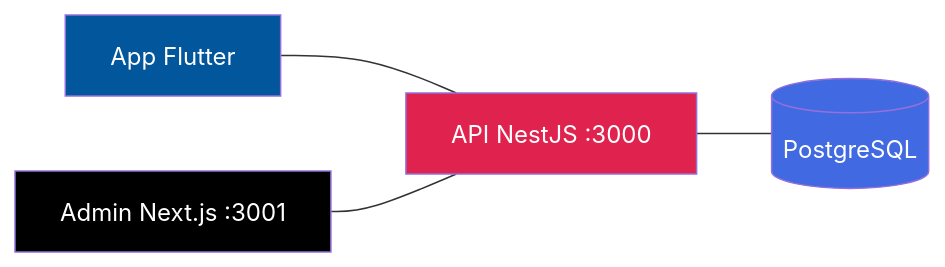
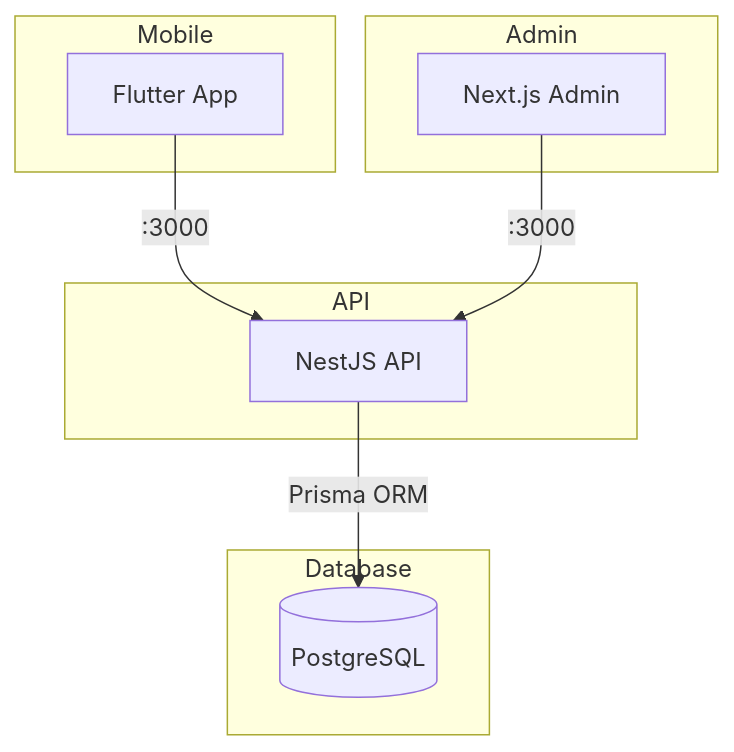
One commit to nicholasrichardsonsecurity/loopclub-enterprise changed the diagram in README.md. Above: the diagram before and after it, drawn with Mermaid. The commit also changed other lines of this file and 16 other files, not shown here.

````diff
--- a/README.md
+++ b/README.md
@@ -110,11 +92,19 @@
 ```mermaid
-graph LR
-    A[App Flutter] --- C[API NestJS :3000]
-    B[Admin Next.js :3001] --- C
-    C --- D[(PostgreSQL)]
+graph TB
+    subgraph "Mobile"
+        A[Flutter App]
+    end
+    subgraph "Admin"
+        B[Next.js Admin]
+    end
+    subgraph "API"
+        C[NestJS API]
+    end
+    subgraph "Database"
+        D[(PostgreSQL)]
+    end
 
-    style A fill:#02569B,color:#fff
-    style B fill:#000,color:#fff
-    style C fill:#e0234e,color:#fff
-    style D fill:#4169E1,color:#fff
+    A -->|:3000| C
+    B -->|:3000| C
+    C -->|Prisma ORM| D
 ```
````
